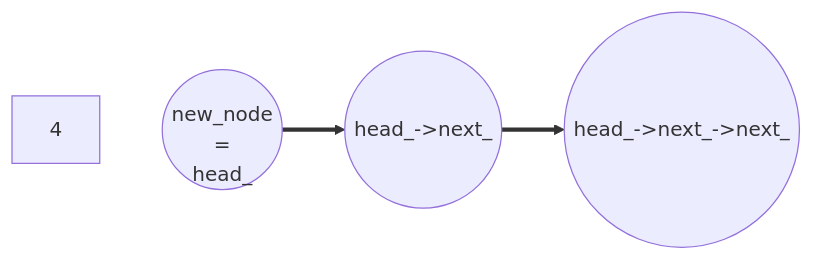
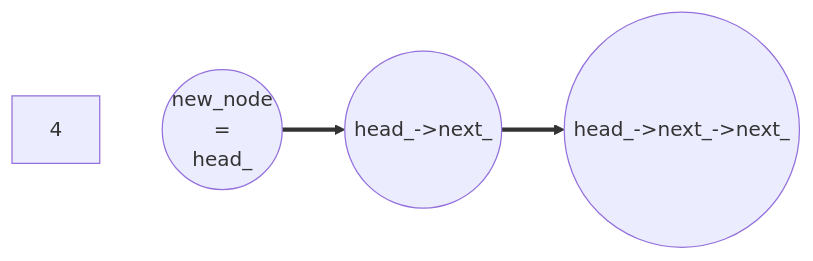
One commit to ITHelpDec/CPP-Concurrency-in-Action changed the fourth of 4 diagrams in Chapter 07 - Designing lock-free concurrent data structures/README.md. Above: the diagram before and after it, drawn with Mermaid. The commit also changed other lines of this file, not shown here.

````diff
--- a/Chapter 07 - Designing lock-free concurrent data structures/README.md
+++ b/Chapter 07 - Designing lock-free concurrent data structures/README.md
@@ -104,6 +107,6 @@
 ```mermaid
 flowchart LR
-    4 ~~~ new_node((\nnew_node\n=\nhead_))
+    4 ~~~ new_node((new_node\n=\nhead_))
     new_node ==> head_((head_->next_))
     head_ ==> next_((head_->next_->next_))
 ```
````
